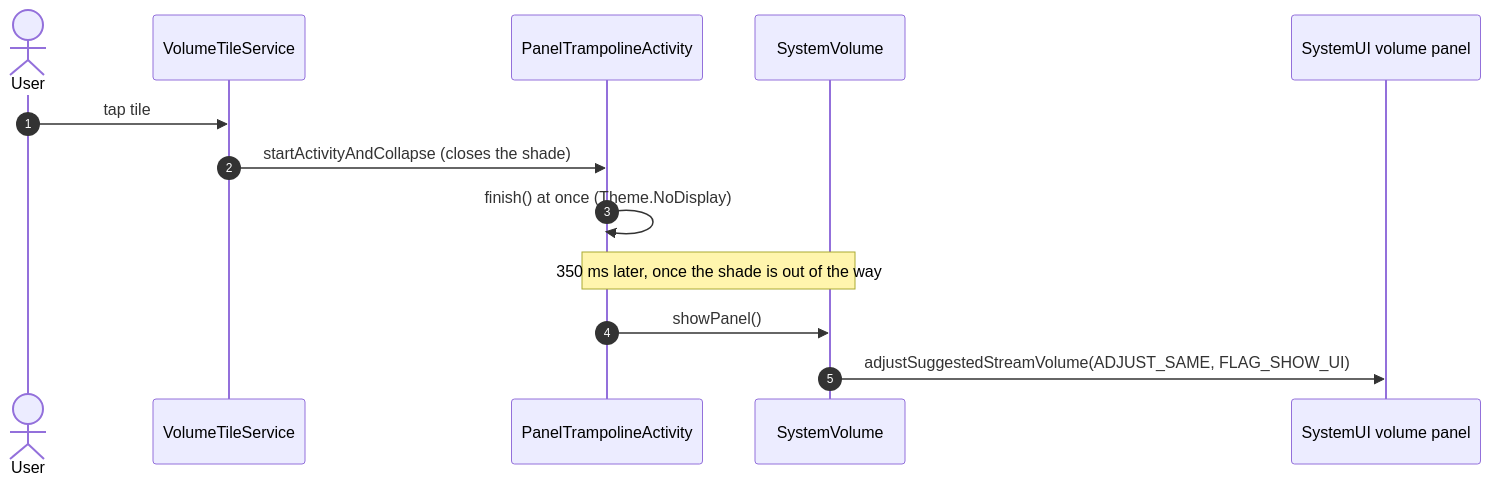
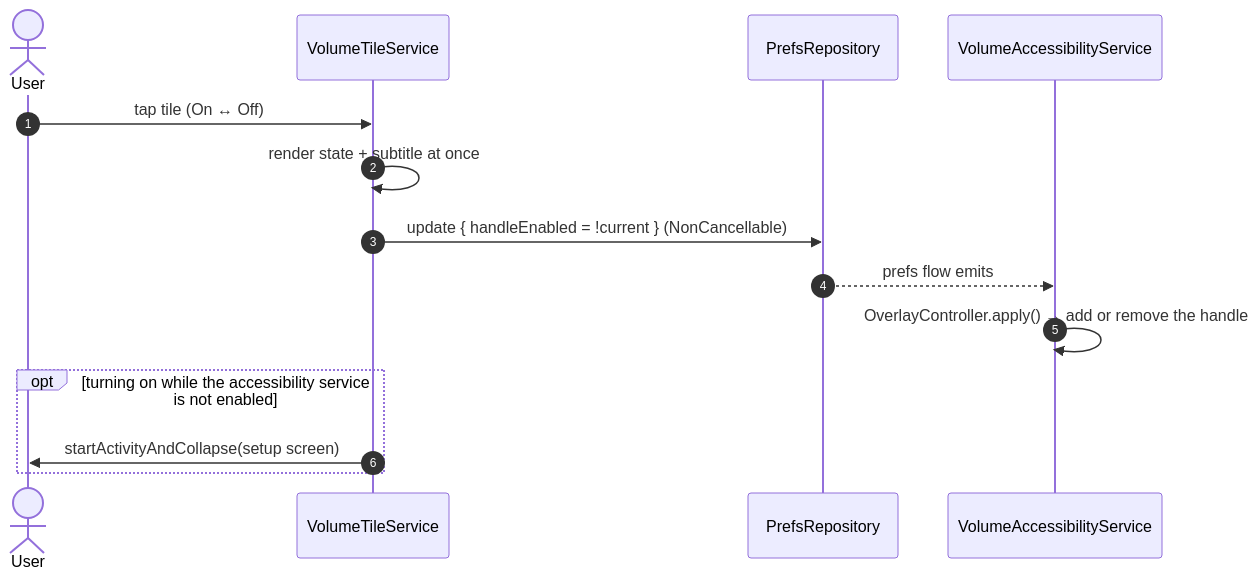
One commit to Shivu-patil0/EdgeVol changed the second of 3 diagrams in docs/03-architecture.md. Above: the diagram before and after it, drawn with Mermaid. The commit also changed other lines of this file and 18 other files, not shown here.

First line of the commit message:
feat(tile): Quick Settings tile shows and hides the handle; opening EdgeVol turns it on

````diff
--- a/docs/03-architecture.md
+++ b/docs/03-architecture.md
@@ -80,15 +80,16 @@
 ```mermaid
 sequenceDiagram
     autonumber
     actor U as User
     participant T as VolumeTileService
-    participant A as PanelTrampolineActivity
-    participant V as SystemVolume
-    participant SUI as SystemUI volume panel
-    U->>T: tap tile
-    T->>A: startActivityAndCollapse (closes the shade)
-    A->>A: finish() at once (Theme.NoDisplay)
-    Note over A,V: 350 ms later, once the shade is out of the way
-    A->>V: showPanel()
-    V->>SUI: adjustSuggestedStreamVolume(ADJUST_SAME, FLAG_SHOW_UI)
+    participant P as PrefsRepository
+    participant S as VolumeAccessibilityService
+    U->>T: tap tile (On ↔ Off)
+    T->>T: render state + subtitle at once
+    T->>P: update { handleEnabled = !current } (NonCancellable)
+    P-->>S: prefs flow emits
+    S->>S: OverlayController.apply() → add or remove the handle
+    opt turning on while the accessibility service is not enabled
+        T->>U: startActivityAndCollapse(setup screen)
+    end
 ```
````
